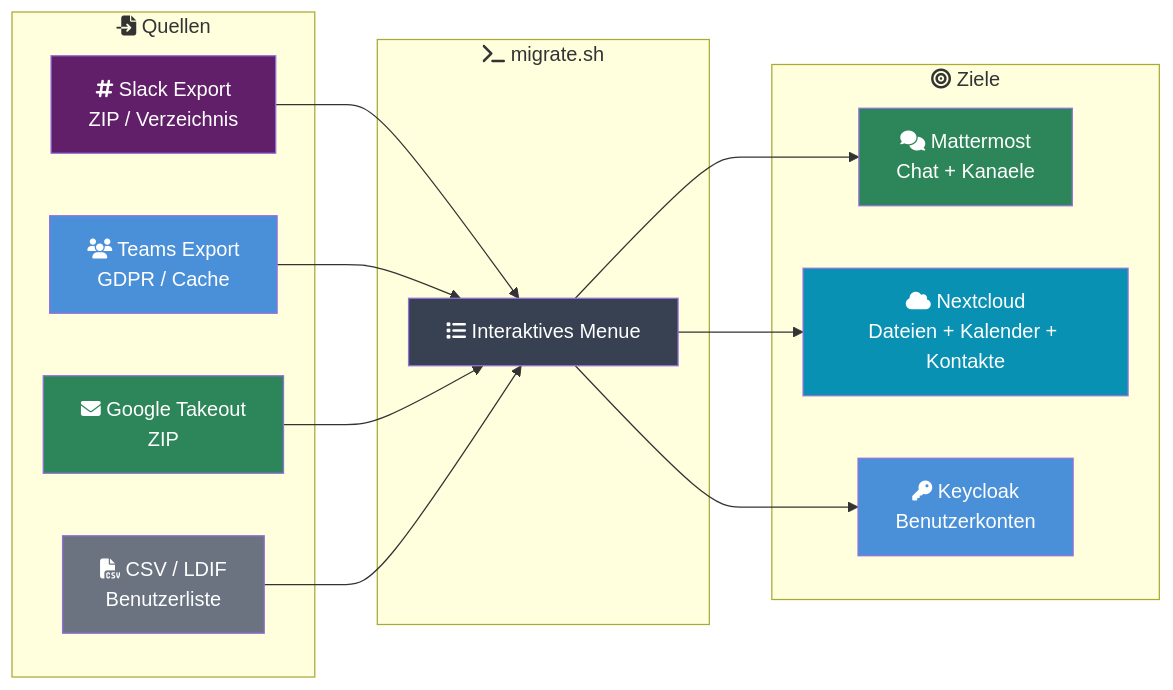
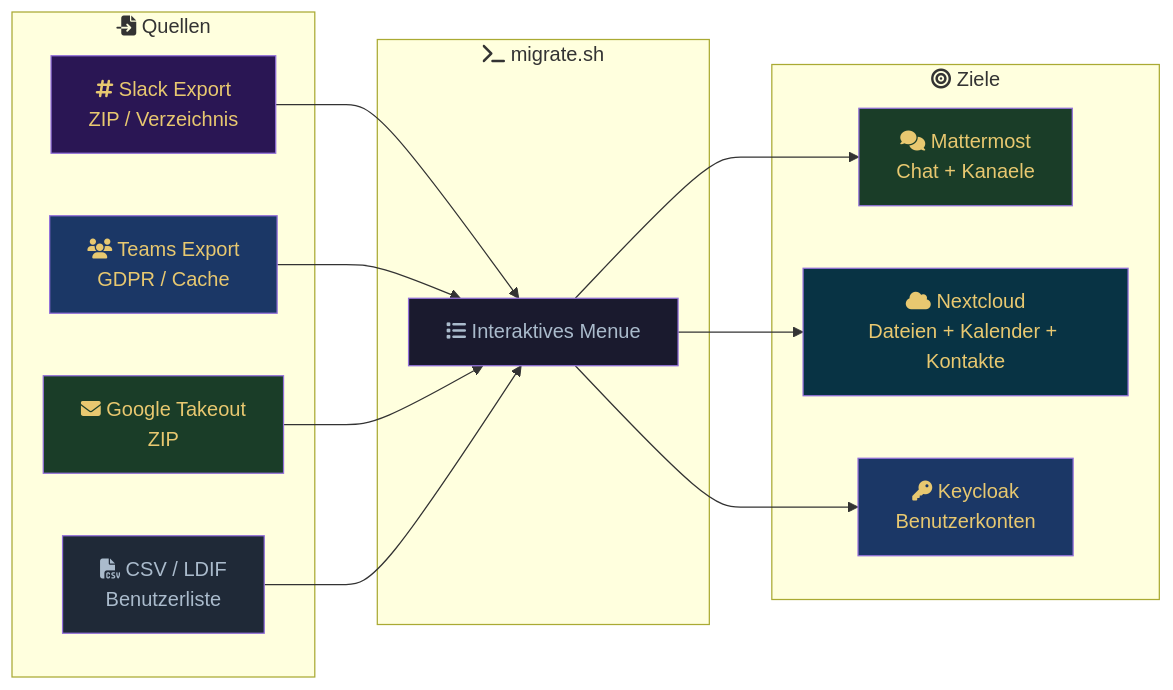
One commit to Paddione/Bachelorprojekt changed the diagram in k3d/docs-content/migration.md. Above: the diagram before and after it, drawn with Mermaid. The commit also changed 6 other files, not shown here.

First line of the commit message:
docs: retheme all Mermaid diagrams to mentolder dark+gold palette

````diff
--- a/k3d/docs-content/migration.md
+++ b/k3d/docs-content/migration.md
@@ -7,37 +7,37 @@
 ```mermaid
 flowchart LR
     subgraph Quellen ["fa:fa-file-import Quellen"]
         SL["fa:fa-hashtag Slack Export<br/>ZIP / Verzeichnis"]
         TE["fa:fa-users Teams Export<br/>GDPR / Cache"]
         GO["fa:fa-envelope Google Takeout<br/>ZIP"]
         CSV["fa:fa-file-csv CSV / LDIF<br/>Benutzerliste"]
     end
 
     subgraph script ["fa:fa-terminal migrate.sh"]
         M["fa:fa-list Interaktives Menue"]
     end
 
     subgraph Ziele ["fa:fa-bullseye Ziele"]
         MM["fa:fa-comments Mattermost<br/>Chat + Kanaele"]
         NC["fa:fa-cloud Nextcloud<br/>Dateien + Kalender + Kontakte"]
         KC["fa:fa-key Keycloak<br/>Benutzerkonten"]
     end
 
     SL --> M
     TE --> M
     GO --> M
     CSV --> M
 
     M --> MM
     M --> NC
     M --> KC
 
-    style SL fill:#611f69,color:#fff
-    style TE fill:#4a90d9,color:#fff
-    style GO fill:#2d8659,color:#fff
-    style CSV fill:#6b7280,color:#fff
-    style M fill:#374151,color:#fff
-    style MM fill:#2d8659,color:#fff
-    style NC fill:#0891b2,color:#fff
-    style KC fill:#4a90d9,color:#fff
+    style SL fill:#2a1654,color:#e8c870
+    style TE fill:#1b3766,color:#e8c870
+    style GO fill:#1a3d28,color:#e8c870
+    style CSV fill:#1f2937,color:#aabbcc
+    style M fill:#1a1a2e,color:#aabbcc
+    style MM fill:#1a3d28,color:#e8c870
+    style NC fill:#083344,color:#e8c870
+    style KC fill:#1b3766,color:#e8c870
 ```
````
